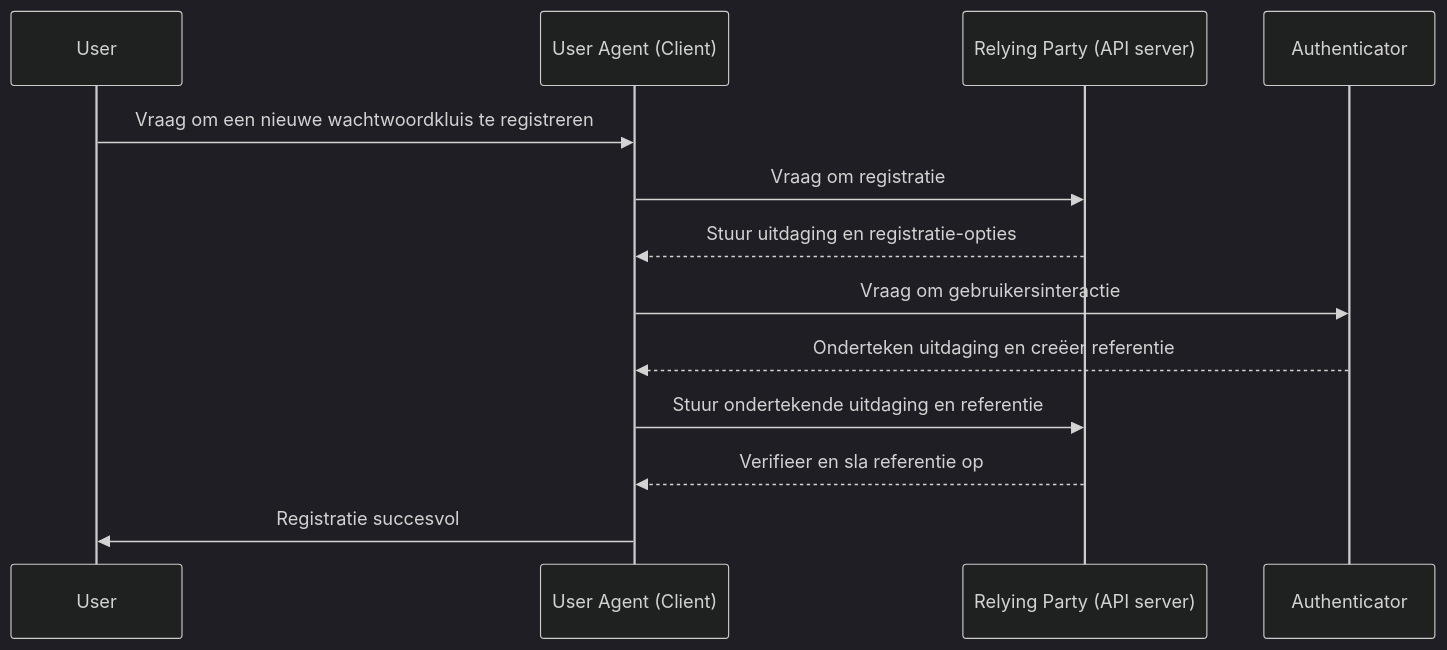
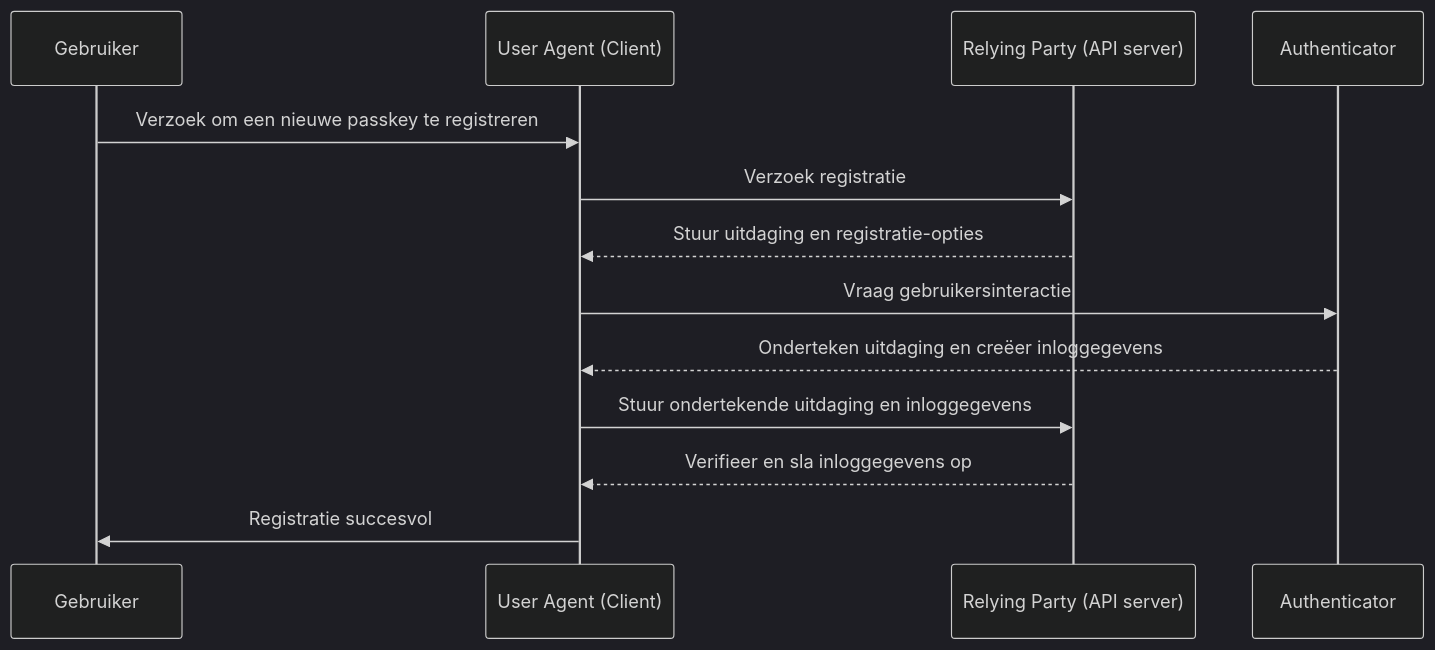
The first of 2 diagrams in src/content/terms/nl/webauthn.mdx (logto-io/auth-wiki), drawn with Mermaid (dark theme) before and after one commit. The commit also changed other lines of this file and 98 other files, not shown here.

````diff
--- a/src/content/terms/nl/webauthn.mdx
+++ b/src/content/terms/nl/webauthn.mdx
@@ -39,16 +47,16 @@
 ```mermaid
 sequenceDiagram
-	participant User
+	participant Gebruiker
 	participant User Agent (Client)
 	participant Relying Party (API server) 
 	participant Authenticator
 
-	User ->> User Agent (Client): Vraag om een nieuwe wachtwoordkluis te registreren
-	User Agent (Client) ->> Relying Party (API server): Vraag om registratie
+	Gebruiker ->> User Agent (Client): Verzoek om een nieuwe passkey te registreren
+	User Agent (Client) ->> Relying Party (API server): Verzoek registratie
 	Relying Party (API server) -->> User Agent (Client): Stuur uitdaging en registratie-opties
-	User Agent (Client) ->> Authenticator: Vraag om gebruikersinteractie
-	Authenticator -->> User Agent (Client): Onderteken uitdaging en creëer referentie
-	User Agent (Client) ->> Relying Party (API server): Stuur ondertekende uitdaging en referentie
-	Relying Party (API server) -->> User Agent (Client): Verifieer en sla referentie op
-	User Agent (Client) ->> User: Registratie succesvol
+	User Agent (Client) ->> Authenticator: Vraag gebruikersinteractie
+	Authenticator -->> User Agent (Client): Onderteken uitdaging en creëer inloggegevens
+	User Agent (Client) ->> Relying Party (API server): Stuur ondertekende uitdaging en inloggegevens
+	Relying Party (API server) -->> User Agent (Client): Verifieer en sla inloggegevens op
+	User Agent (Client) ->> Gebruiker: Registratie succesvol
 ```
````
